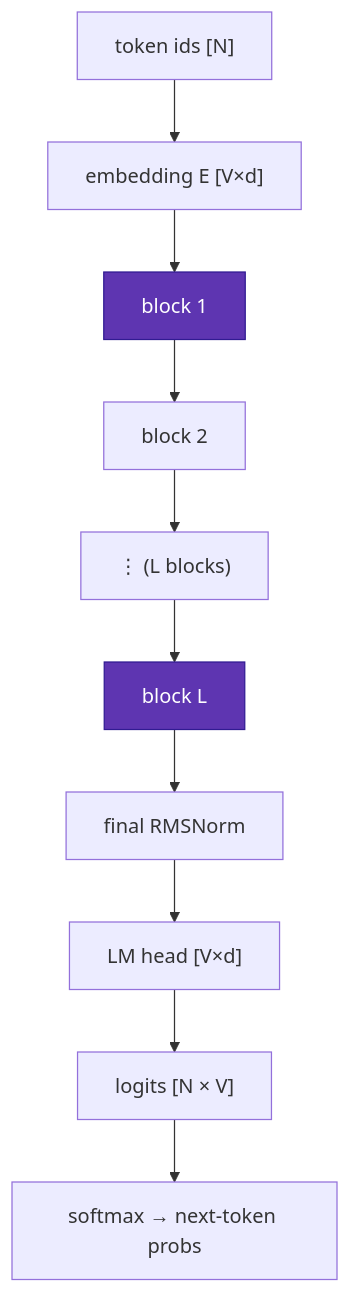
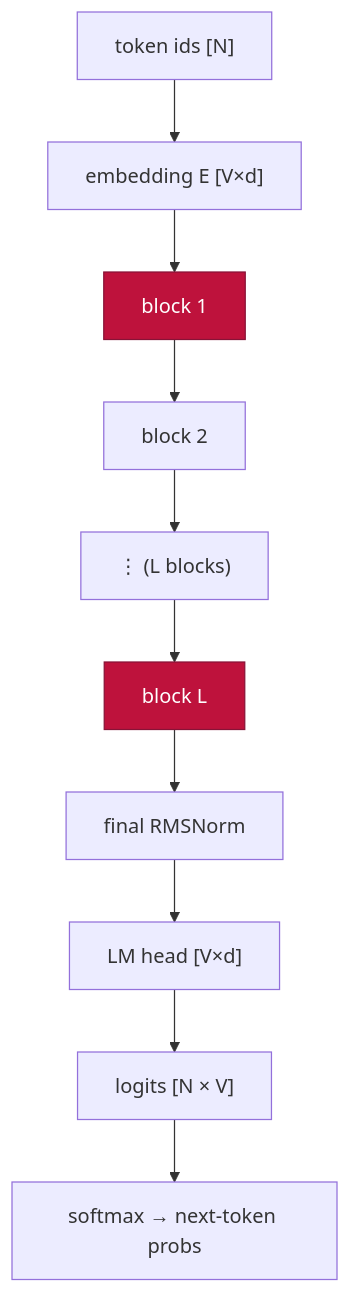
One commit to youyun8/deep-kernel-handbook changed the ninth of 10 diagrams in docs/foundations/transformer-from-scratch.md. Above: the diagram before and after it, drawn with Mermaid. The commit also changed other lines of this file and 1 other file, not shown here.

Commit message:
docs: give each transformer-from-scratch diagram its own color scheme

````diff
--- a/docs/foundations/transformer-from-scratch.md
+++ b/docs/foundations/transformer-from-scratch.md
@@ -243,15 +244,15 @@
 ```mermaid
 flowchart TD
     TOK["token ids [N]"] --> EMB["embedding E [V×d]"]
     EMB --> B1["block 1"]
     B1 --> B2["block 2"]
     B2 --> BD["⋮ (L blocks)"]
     BD --> BL["block L"]
     BL --> FN["final RMSNorm"]
     FN --> LMH["LM head [V×d]"]
     LMH --> LOG["logits [N × V]"]
     LOG --> SM["softmax → next-token probs"]
-    class B1 flagship;
-    class BL flagship;
-    classDef flagship fill:#5e35b1,stroke:#311b92,color:#fff;
+    class B1 accRose;
+    class BL accRose;
+    classDef accRose fill:#be123c,stroke:#881337,color:#fff;
 ```
````
